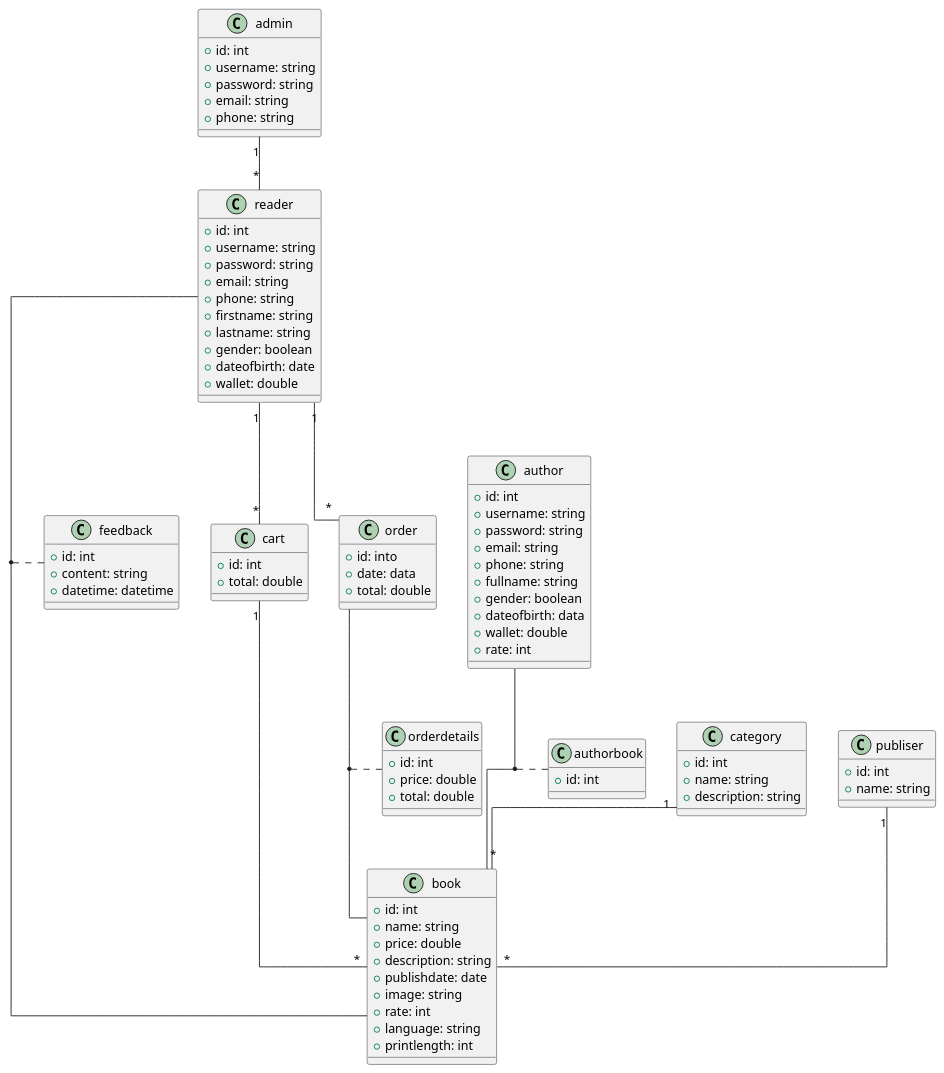
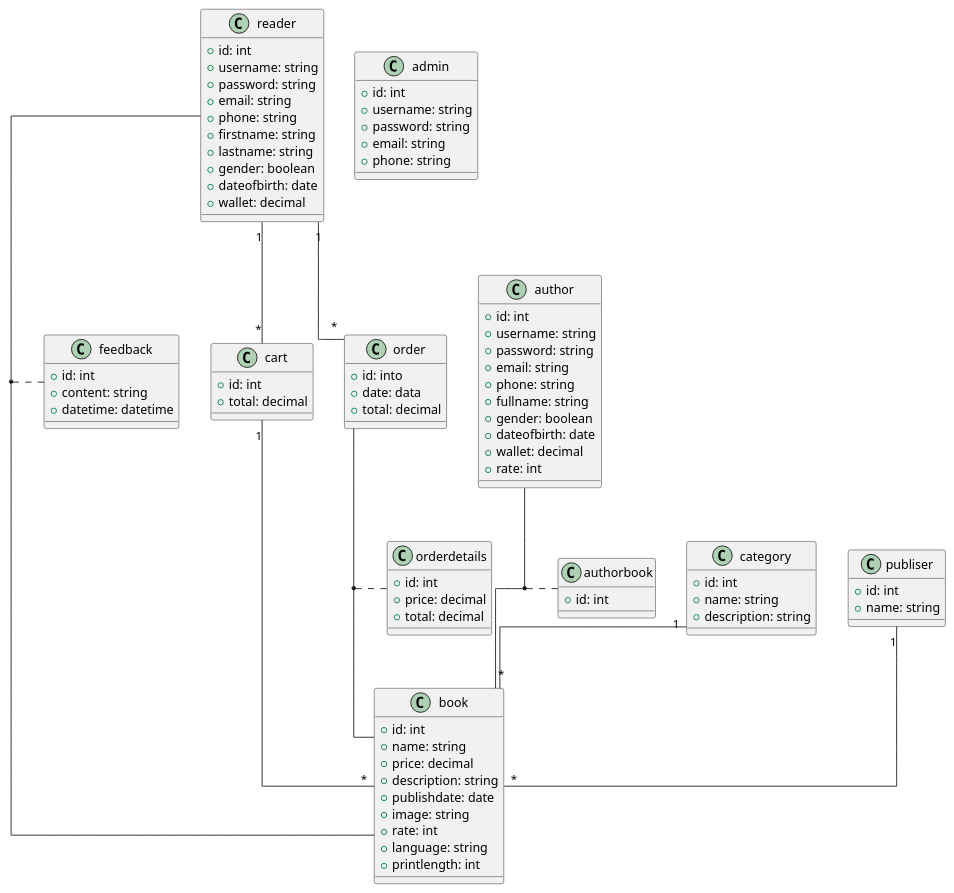
Before and after one commit to ngquocthong/projectweb_bookshop: the diagram in diagrams/projectweb.plantuml, drawn with PlantUML.

Commit message:
change float to decimal

```diff
--- a/diagrams/projectweb.plantuml
+++ b/diagrams/projectweb.plantuml
@@ -1,99 +1,99 @@
 @startuml
 skinparam linetype ortho
 
 class admin{
     + id: int
     + username: string
     + password: string
     + email: string
     + phone: string
 }
 
 class reader{
     + id: int
     + username: string
     + password: string
     + email: string
     + phone: string
     + firstname: string
     + lastname: string
     + gender: boolean
     + dateofbirth: date
-    + wallet: double
+    + wallet: decimal
 }
 
 class category{
     + id: int
     + name: string
     + description: string
 }
 
 class publiser{
     + id: int
     + name: string
 }
 
 class book{
     + id: int
     + name: string
-    + price: double
+    + price: decimal
     + description: string
     + publishdate: date
     + image: string
     + rate: int
     + language: string
     + printlength: int
 }
 
 class cart{
     + id: int
-    + total: double
+    + total: decimal
 }
 
 class feedback{
     + id: int
     + content: string
     + datetime: datetime
 }
 
 class order{
     + id: into
     + date: data
-    + total: double
+    + total: decimal
 }
 
 class orderdetails{
     + id: int
-    + price: double
-    + total: double
+    + price: decimal
+    + total: decimal
 }
 
 class author{
     + id: int
     + username: string
     + password: string
     + email: string
     + phone: string
     + fullname: string
     + gender: boolean
-    + dateofbirth: data
-    + wallet: double
+    + dateofbirth: date
+    + wallet: decimal
     + rate: int
 }
 
 class authorbook{
     + id: int
 }
 
 reader "1" -- "*" cart
 cart "1" -- "*" book
 reader "1" -- "*" order
 category "1" -- "*" book
 publiser "1" -- "*" book
-admin "1" -- "*" reader
+
 
 (reader,book) .. feedback
 (order,book) .. orderdetails
 (author,book) .. authorbook
 
 @enduml
```
